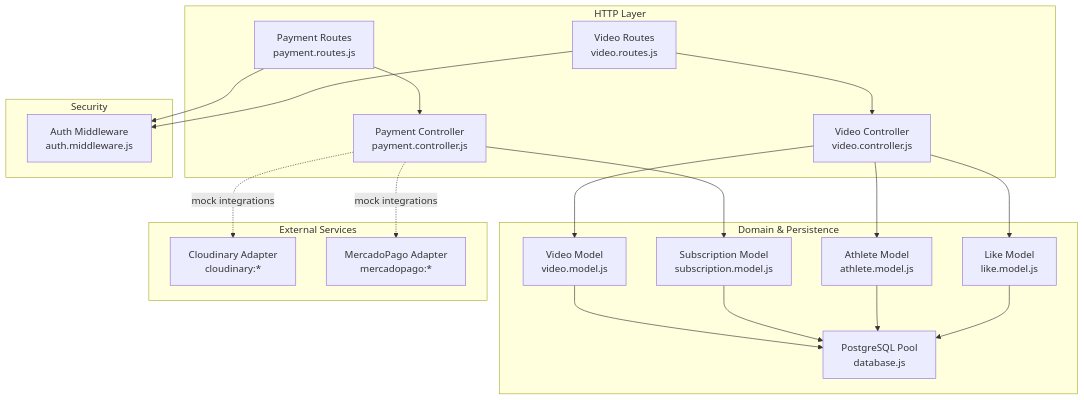
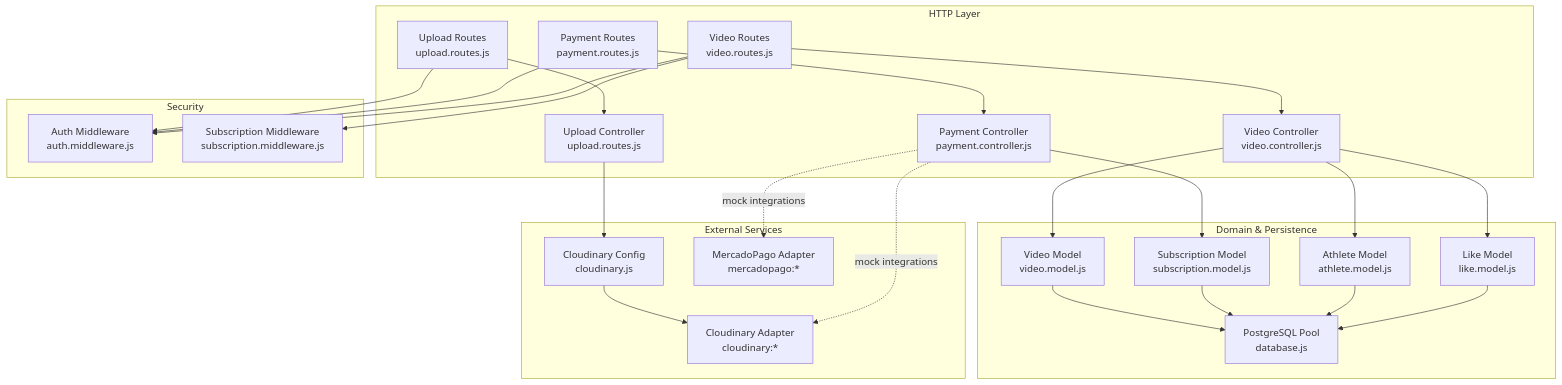
The second of 11 diagrams in .qoder/repowiki/en/content/Architecture Overview/Integration Patterns.md (Alexandrexicara/craque-vision), drawn with Mermaid before and after one commit. The commit also changed other lines of this file and 10 other files, not shown here.

````diff
--- a/.qoder/repowiki/en/content/Architecture Overview/Integration Patterns.md
+++ b/.qoder/repowiki/en/content/Architecture Overview/Integration Patterns.md
@@ -119,37 +150,46 @@
 ```mermaid
 graph TB
 subgraph "HTTP Layer"
+RUpload["Upload Routes<br/>upload.routes.js"]
 RPay["Payment Routes<br/>payment.routes.js"]
 RVid["Video Routes<br/>video.routes.js"]
+CUpload["Upload Controller<br/>upload.routes.js"]
 CPay["Payment Controller<br/>payment.controller.js"]
 CVid["Video Controller<br/>video.controller.js"]
 end
 subgraph "Domain & Persistence"
 MVideo["Video Model<br/>video.model.js"]
 MSub["Subscription Model<br/>subscription.model.js"]
 MAth["Athlete Model<br/>athlete.model.js"]
 MLike["Like Model<br/>like.model.js"]
 Pool["PostgreSQL Pool<br/>database.js"]
 end
 subgraph "Security"
 MWAuth["Auth Middleware<br/>auth.middleware.js"]
+MWSub["Subscription Middleware<br/>subscription.middleware.js"]
 end
 subgraph "External Services"
+CloudConfig["Cloudinary Config<br/>cloudinary.js"]
 ExtCloud["Cloudinary Adapter<br/>cloudinary:*"]
 ExtMP["MercadoPago Adapter<br/>mercadopago:*"]
 end
+RUpload --> MWAuth
 RPay --> MWAuth
 RVid --> MWAuth
+RVid --> MWSub
+RUpload --> CUpload
 RPay --> CPay
 RVid --> CVid
+CUpload --> CloudConfig
+CloudConfig --> ExtCloud
 CPay --> MSub
 CPay -. "mock integrations" .-> ExtCloud
 CPay -. "mock integrations" .-> ExtMP
 CVid --> MVideo
 CVid --> MAth
 CVid --> MLike
 MVideo --> Pool
 MSub --> Pool
 MAth --> Pool
 MLike --> Pool
 ```
````
